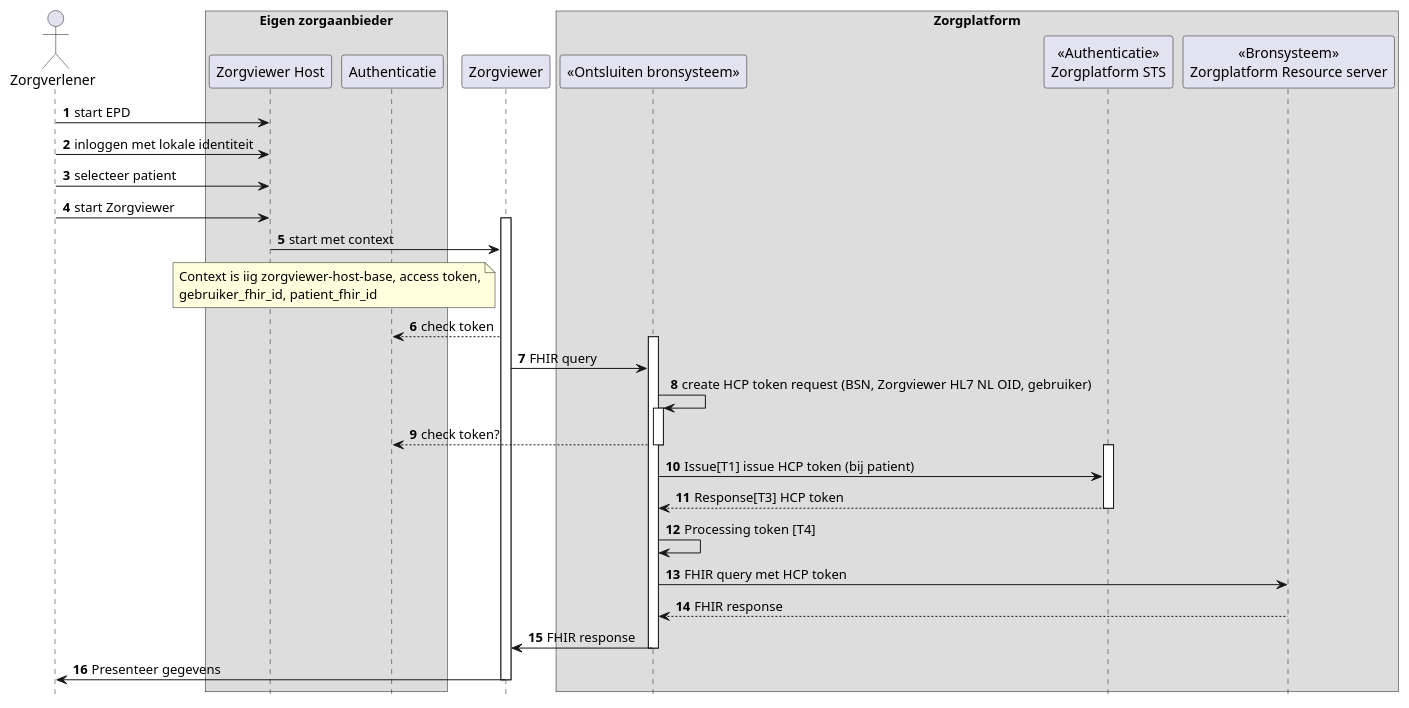
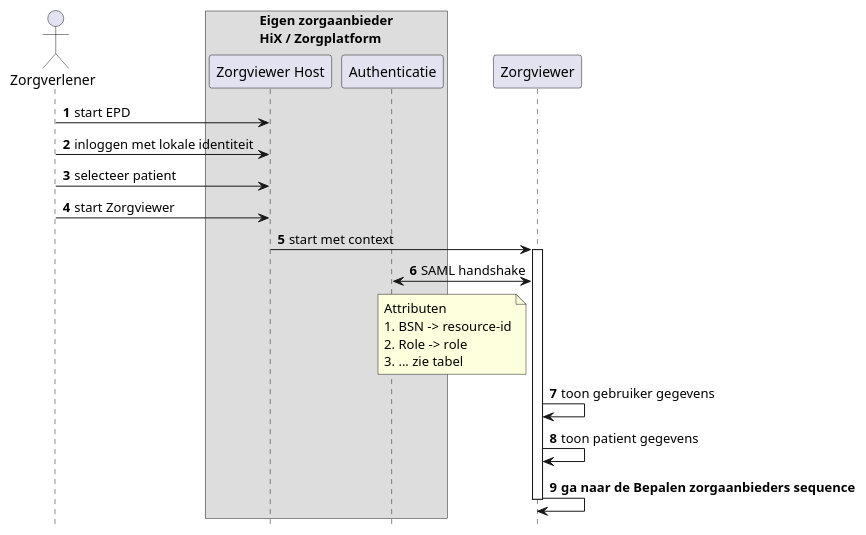
The diagram in input/images-source/Zorgviewer-seq-1-zp.plantuml (RIVO-Noord/zorgviewer-ig), drawn with PlantUML before and after one commit. The commit also changed 2 other files, not shown here.

Commit message:
Sequence diagram zp

```diff
--- a/input/images-source/Zorgviewer-seq-1-zp.plantuml
+++ b/input/images-source/Zorgviewer-seq-1-zp.plantuml
@@ -1,50 +1,32 @@
 @startuml
 hide footbox
 autonumber
 
 actor Zorgverlener
-box "Eigen zorgaanbieder"
+box "Eigen zorgaanbieder\nHiX / Zorgplatform"
 participant "Zorgviewer Host" as Host
 participant Authenticatie
 end box
 participant Zorgviewer
 
-box "Zorgplatform"
-participant "<<Ontsluiten bronsysteem>>" as Bron
-participant "<<Authenticatie>>\nZorgplatform STS" as STS
-participant "<<Bronsysteem>>\nZorgplatform Resource server" as ZP
-end box
-
 Zorgverlener->Host: start EPD
 Zorgverlener->Host: inloggen met lokale identiteit
 Zorgverlener->Host: selecteer patient
 Zorgverlener->Host: start Zorgviewer
+Host->Zorgviewer: start met context
+activate Zorgviewer
+Zorgviewer<->Authenticatie: SAML handshake
+note left Zorgviewer
+ Attributen
+ # BSN -> resource-id
+ # Role -> role
+ # ... zie tabel
+end note
+Zorgviewer->Zorgviewer: toon gebruiker gegevens
+Zorgviewer->Zorgviewer: toon patient gegevens
 
-activate Zorgviewer
-Host->Zorgviewer: start met context
-note left Zorgviewer
- Context is iig zorgviewer-host-base, access token,
- gebruiker_fhir_id, patient_fhir_id
-end note
-Zorgviewer-->Authenticatie: check token
+Zorgviewer->Zorgviewer: **ga naar de Bepalen zorgaanbieders sequence**
 
-activate Bron
-Zorgviewer->Bron: FHIR query
-Bron->Bron++: create HCP token request (BSN, Zorgviewer HL7 NL OID, gebruiker)
-Bron-->Authenticatie: check token?
-deactivate Bron
-activate STS
-Bron->STS: Issue[T1] issue HCP token (bij patient)
-STS-->Bron: Response[T3] HCP token
-deactivate STS
-
-Bron->Bron: Processing token [T4]
-Bron->ZP: FHIR query met HCP token
-ZP-->Bron: FHIR response
-Bron-> Zorgviewer: FHIR response
-deactivate Bron
-
-Zorgviewer->Zorgverlener: Presenteer gegevens
 deactivate Zorgviewer
 
 @enduml
```
